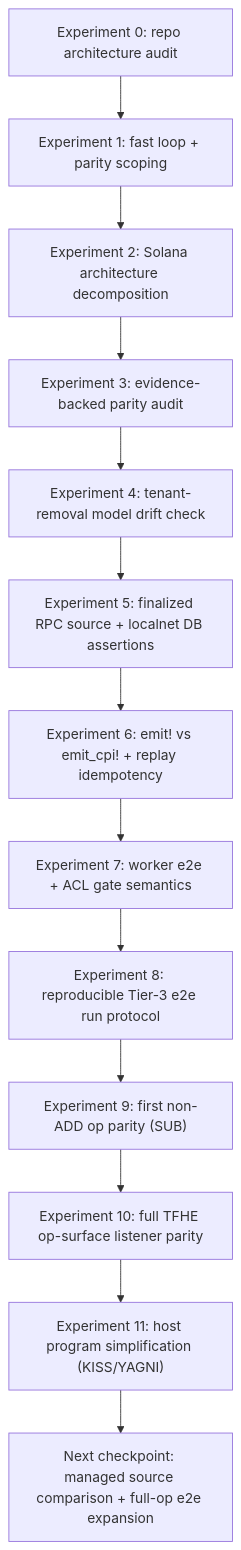
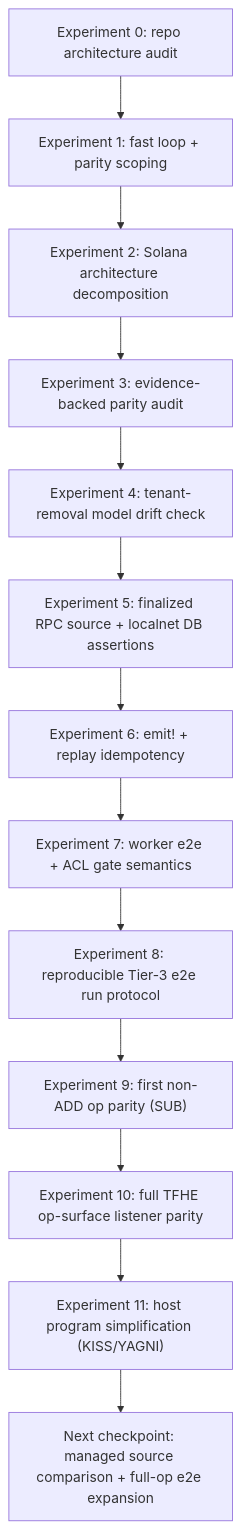
Before and after one commit to zama-ai/fhevm: the diagram in docs/protocol/explorations/solana-host-listener/LEARNING.md, drawn with Mermaid. The commit also changed other lines of this file and 13 other files, not shown here.

````diff
--- a/docs/protocol/explorations/solana-host-listener/LEARNING.md
+++ b/docs/protocol/explorations/solana-host-listener/LEARNING.md
@@ -16,15 +16,15 @@
 ```mermaid
 flowchart TD
   E0["Experiment 0: repo architecture audit"] --> E1["Experiment 1: fast loop + parity scoping"]
   E1 --> E2["Experiment 2: Solana architecture decomposition"]
   E2 --> E3["Experiment 3: evidence-backed parity audit"]
   E3 --> E4["Experiment 4: tenant-removal model drift check"]
   E4 --> E5["Experiment 5: finalized RPC source + localnet DB assertions"]
-  E5 --> E6["Experiment 6: emit! vs emit_cpi! + replay idempotency"]
+  E5 --> E6["Experiment 6: emit! + replay idempotency"]
   E6 --> E7["Experiment 7: worker e2e + ACL gate semantics"]
   E7 --> E8["Experiment 8: reproducible Tier-3 e2e run protocol"]
   E8 --> E9["Experiment 9: first non-ADD op parity (SUB)"]
   E9 --> E10["Experiment 10: full TFHE op-surface listener parity"]
   E10 --> E11["Experiment 11: host program simplification (KISS/YAGNI)"]
   E11 --> NX["Next checkpoint: managed source comparison + full-op e2e expansion"]
 ```
````
